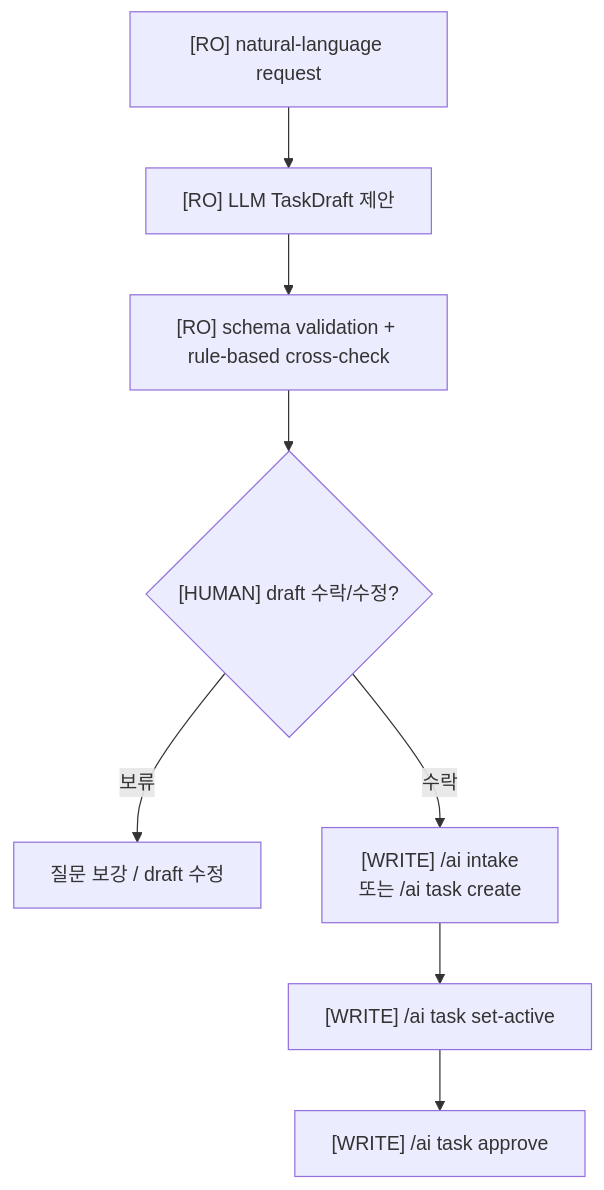
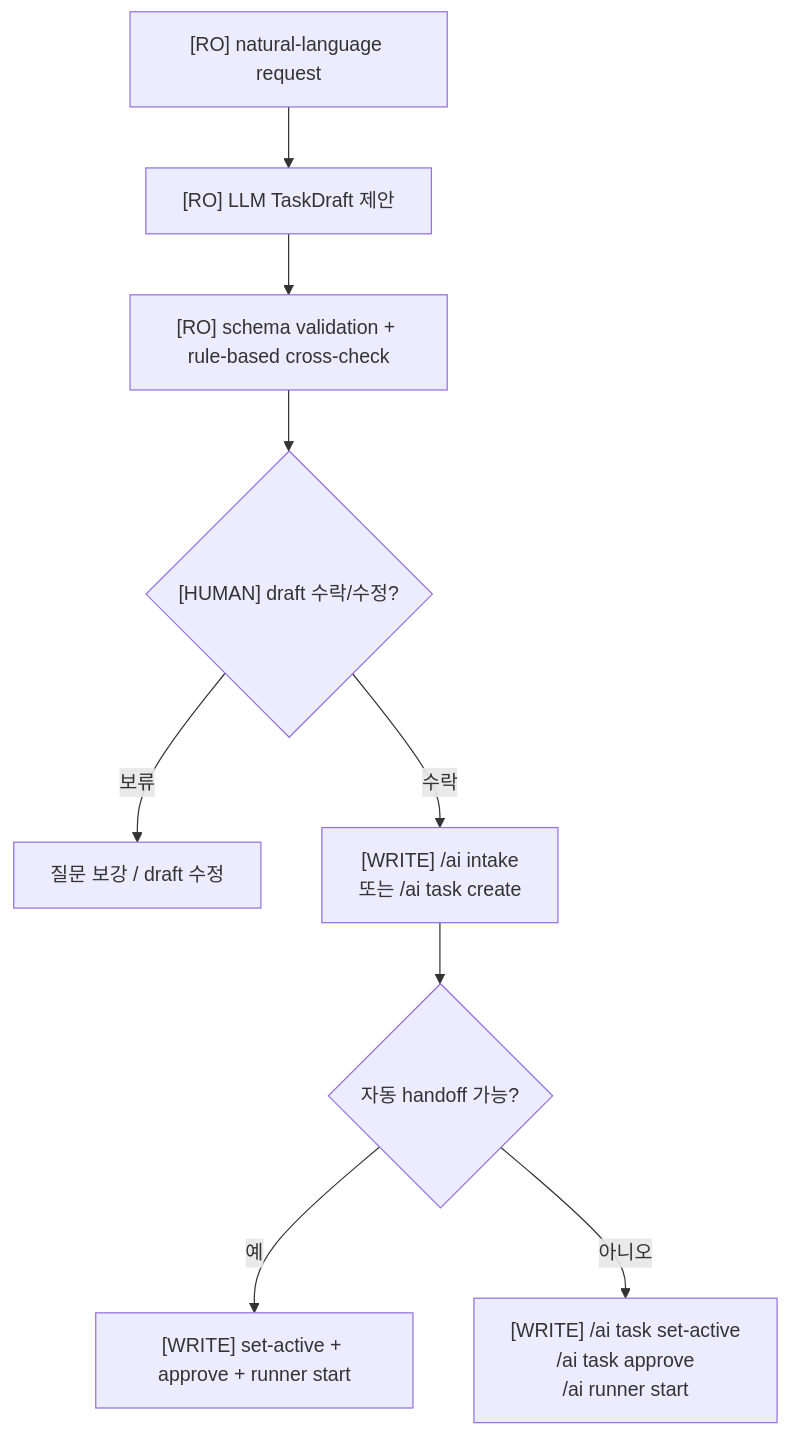
The third of 5 diagrams in _Docs/AIWorkflow/AIWorkflow_Flowchart_KR.md (cv-918/play-ground), drawn with Mermaid before and after one commit. The commit also changed other lines of this file and 28 other files, not shown here.

````diff
--- a/_Docs/AIWorkflow/AIWorkflow_Flowchart_KR.md
+++ b/_Docs/AIWorkflow/AIWorkflow_Flowchart_KR.md
@@ -74,10 +74,11 @@
 ```mermaid
 flowchart TD
     A["[RO] natural-language request"] --> B["[RO] LLM TaskDraft 제안"]
     B --> C["[RO] schema validation + rule-based cross-check"]
     C --> D{"[HUMAN] draft 수락/수정?"}
     D -- 보류 --> E["질문 보강 / draft 수정"]
     D -- 수락 --> F["[WRITE] /ai intake<br/>또는 /ai task create"]
-    F --> G["[WRITE] /ai task set-active"]
-    G --> H["[WRITE] /ai task approve"]
+    F --> G{"자동 handoff 가능?"}
+    G -- 예 --> H["[WRITE] set-active + approve + runner start"]
+    G -- 아니오 --> I["[WRITE] /ai task set-active<br/>/ai task approve<br/>/ai runner start"]
 ```
````
